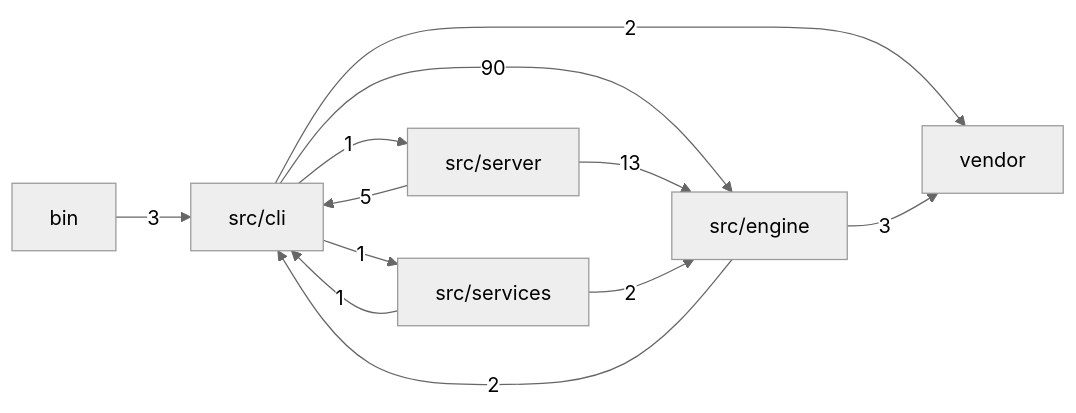
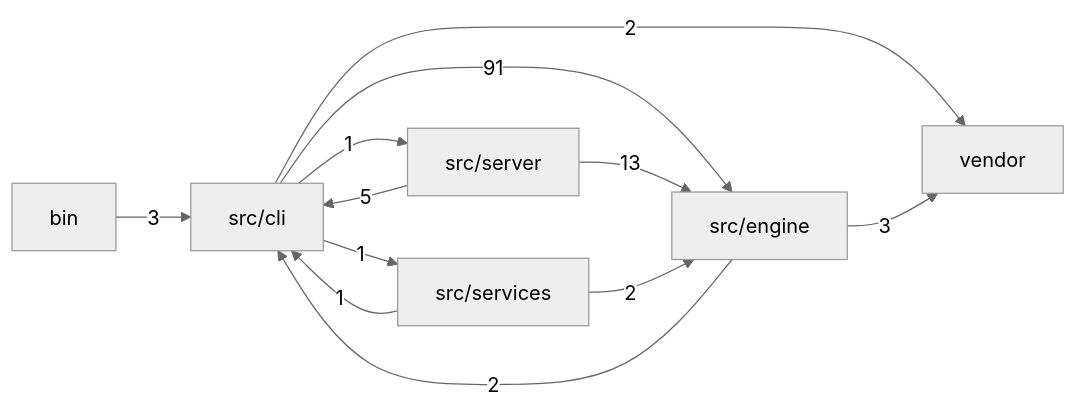
The first of 2 diagrams in docs/MODULES.md (mgillr/memev), drawn with Mermaid (neutral theme) before and after one commit. The commit also changed other lines of this file, not shown here.

Commit message:
docs: refresh module map after paid-engine adapter

````diff
--- a/docs/MODULES.md
+++ b/docs/MODULES.md
@@ -11,20 +11,20 @@
 ```mermaid
 flowchart LR
   bin["bin"]
   cli["src/cli"]
   engine["src/engine"]
   server["src/server"]
   services["src/services"]
   vendor["vendor"]
   bin -->|"3"| cli
-  cli -->|"90"| engine
+  cli -->|"91"| engine
   cli -->|"1"| server
   cli -->|"1"| services
   cli -->|"2"| vendor
   engine -->|"2"| cli
   engine -->|"3"| vendor
   server -->|"5"| cli
   server -->|"13"| engine
   services -->|"1"| cli
   services -->|"2"| engine
 ```
````
